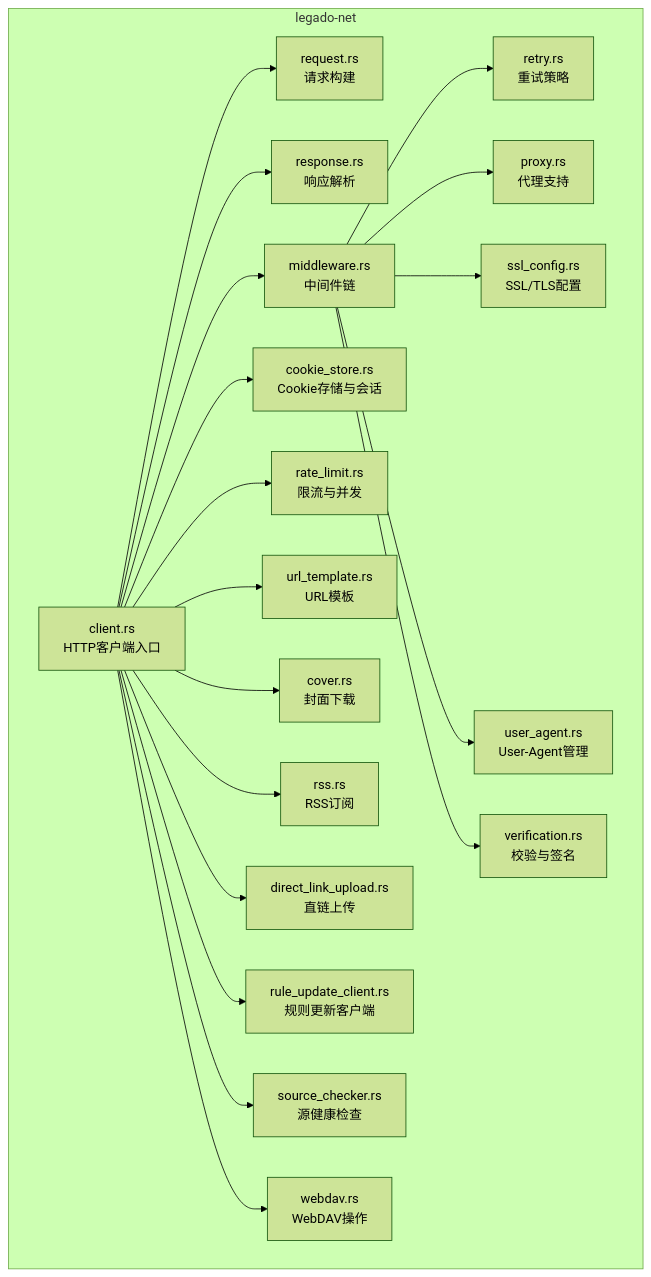
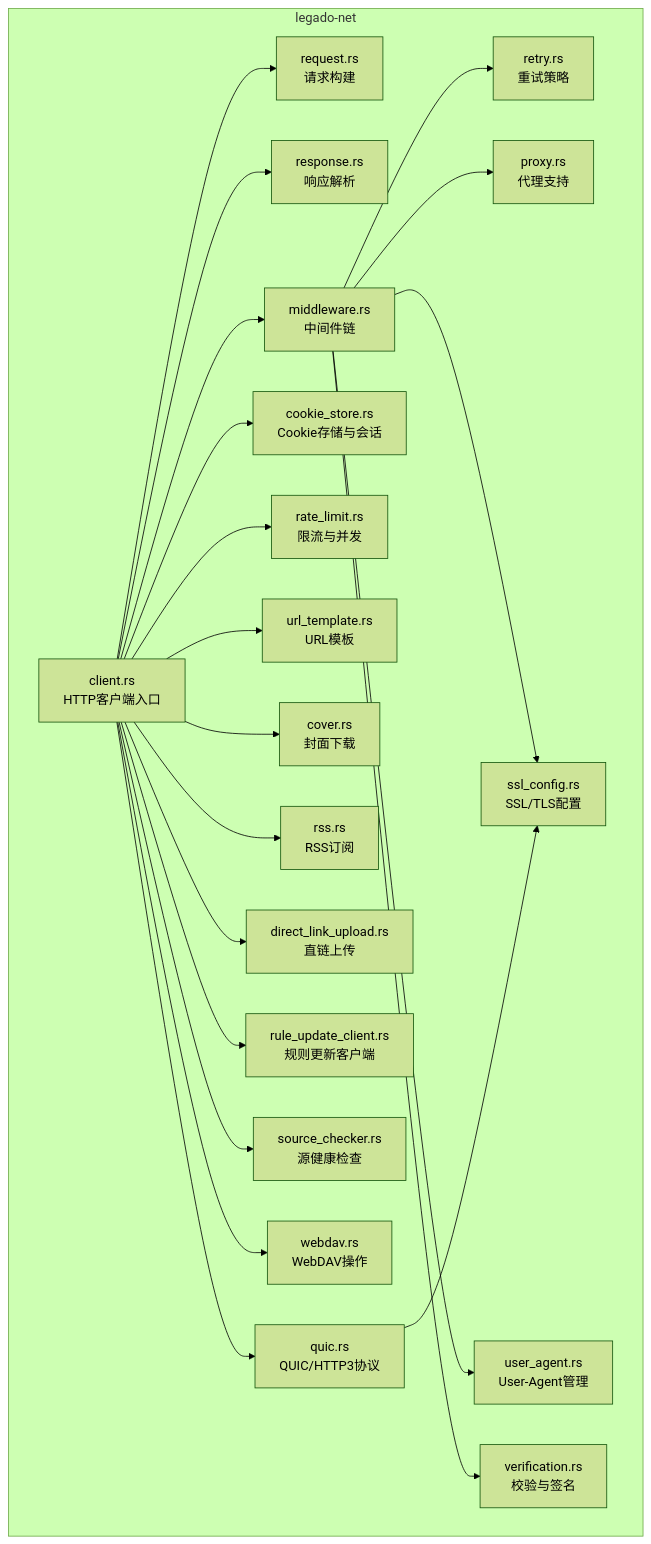
Before and after one commit to ZhangGHGitHub/LegadoTeamFlutter: the first of 10 diagrams in .qoder/repowiki/zh/content/Rust核心库/网络层/网络层.md, drawn with Mermaid (forest theme). The commit also changed other lines of this file and 60 other files, not shown here.

````diff
--- a/.qoder/repowiki/zh/content/Rust核心库/网络层/网络层.md
+++ b/.qoder/repowiki/zh/content/Rust核心库/网络层/网络层.md
@@ -45,40 +57,43 @@
 ```mermaid
 graph TB
 subgraph "legado-net"
 client["client.rs<br/>HTTP客户端入口"]
 request["request.rs<br/>请求构建"]
 response["response.rs<br/>响应解析"]
 middleware["middleware.rs<br/>中间件链"]
 retry["retry.rs<br/>重试策略"]
 proxy["proxy.rs<br/>代理支持"]
 ssl["ssl_config.rs<br/>SSL/TLS配置"]
 cookie["cookie_store.rs<br/>Cookie存储与会话"]
 ratelimit["rate_limit.rs<br/>限流与并发"]
 verify["verification.rs<br/>校验与签名"]
 ua["user_agent.rs<br/>User-Agent管理"]
 urltpl["url_template.rs<br/>URL模板"]
 cover["cover.rs<br/>封面下载"]
 rssmod["rss.rs<br/>RSS订阅"]
 dlupload["direct_link_upload.rs<br/>直链上传"]
 ruleup["rule_update_client.rs<br/>规则更新客户端"]
 srcchk["source_checker.rs<br/>源健康检查"]
 webdav["webdav.rs<br/>WebDAV操作"]
+quic["quic.rs<br/>QUIC/HTTP3协议"]
 end
 client --> request
 client --> response
 client --> middleware
 middleware --> retry
 middleware --> proxy
 middleware --> ssl
 middleware --> ua
 middleware --> verify
 client --> cookie
 client --> ratelimit
 client --> urltpl
 client --> cover
 client --> rssmod
 client --> dlupload
 client --> ruleup
 client --> srcchk
 client --> webdav
+client --> quic
+quic --> ssl
 ```
````
